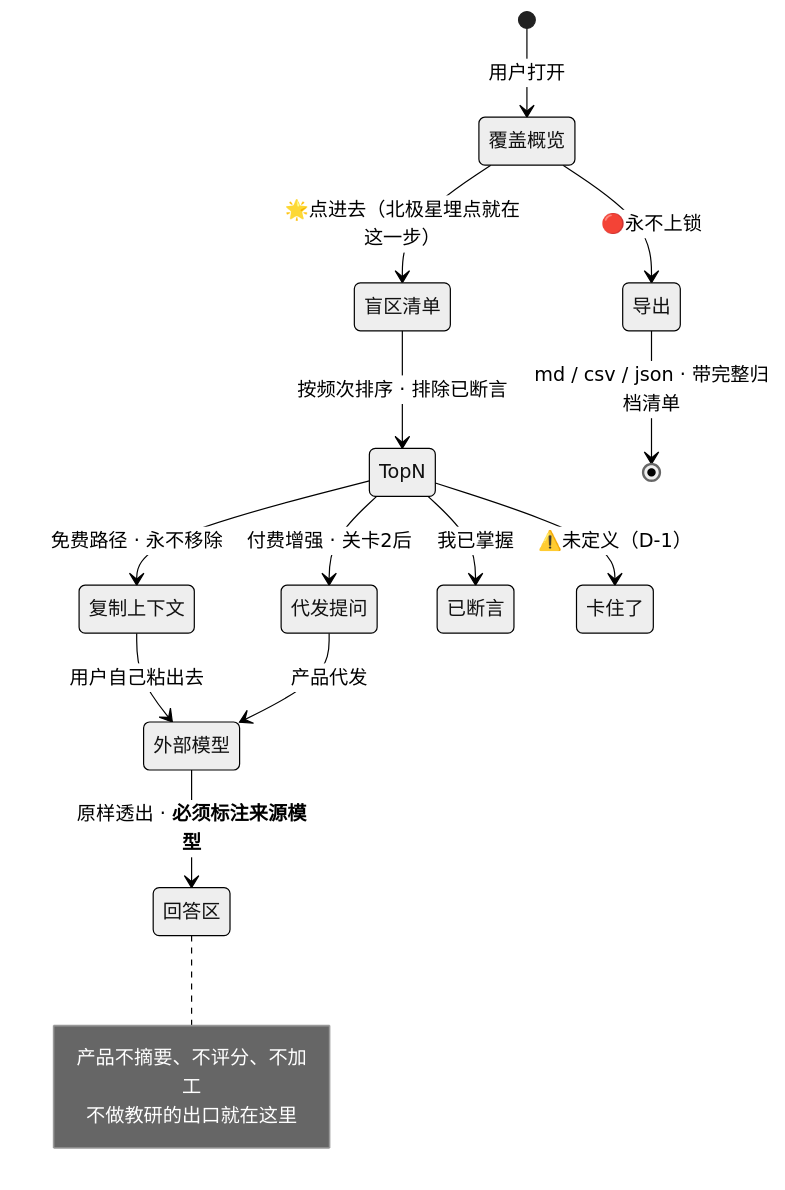
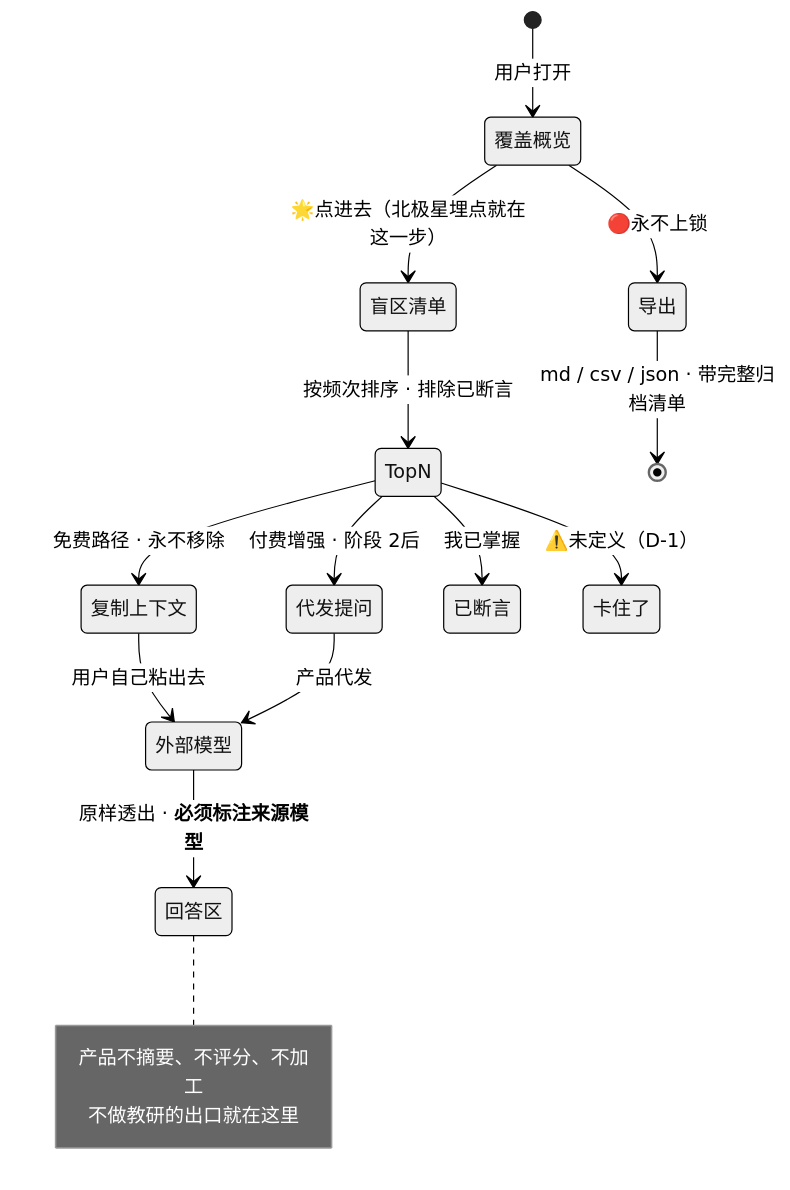
The first of 2 diagrams in docs/product/modules/模块E-出口层.md (chenyuanjin/kubic), drawn with Mermaid (neutral theme) before and after one commit. The commit also changed other lines of this file and 249 other files, not shown here.

````diff
--- a/docs/product/modules/模块E-出口层.md
+++ b/docs/product/modules/模块E-出口层.md
@@ -86,23 +86,23 @@
 ```mermaid
 stateDiagram-v2
     [*] --> 覆盖概览: 用户打开
     覆盖概览 --> 盲区清单: 🌟点进去（北极星埋点就在这一步）
     盲区清单 --> TopN: 按频次排序 · 排除已断言
 
     TopN --> 复制上下文: 免费路径 · 永不移除
-    TopN --> 代发提问: 付费增强 · 关卡2后
+    TopN --> 代发提问: 付费增强 · 阶段 2后
     TopN --> 已断言: 我已掌握
     TopN --> 卡住了: ⚠️未定义（D-1）
 
     复制上下文 --> 外部模型: 用户自己粘出去
     代发提问 --> 外部模型: 产品代发
     外部模型 --> 回答区: 原样透出 · <b>必须标注来源模型</b>
 
     覆盖概览 --> 导出: 🔴永不上锁
     导出 --> [*]: md / csv / json · 带完整归档清单
 
     note right of 回答区
         产品不摘要、不评分、不加工
         不做教研的出口就在这里
     end note
 ```
````
